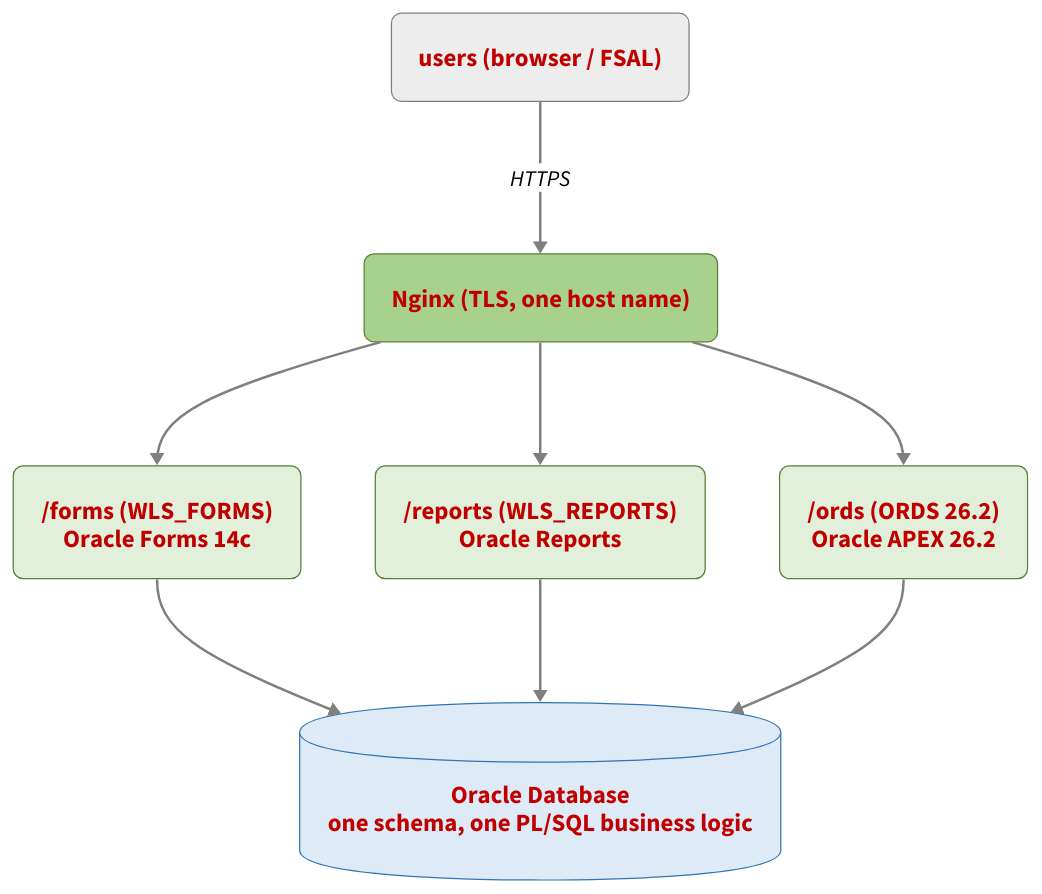
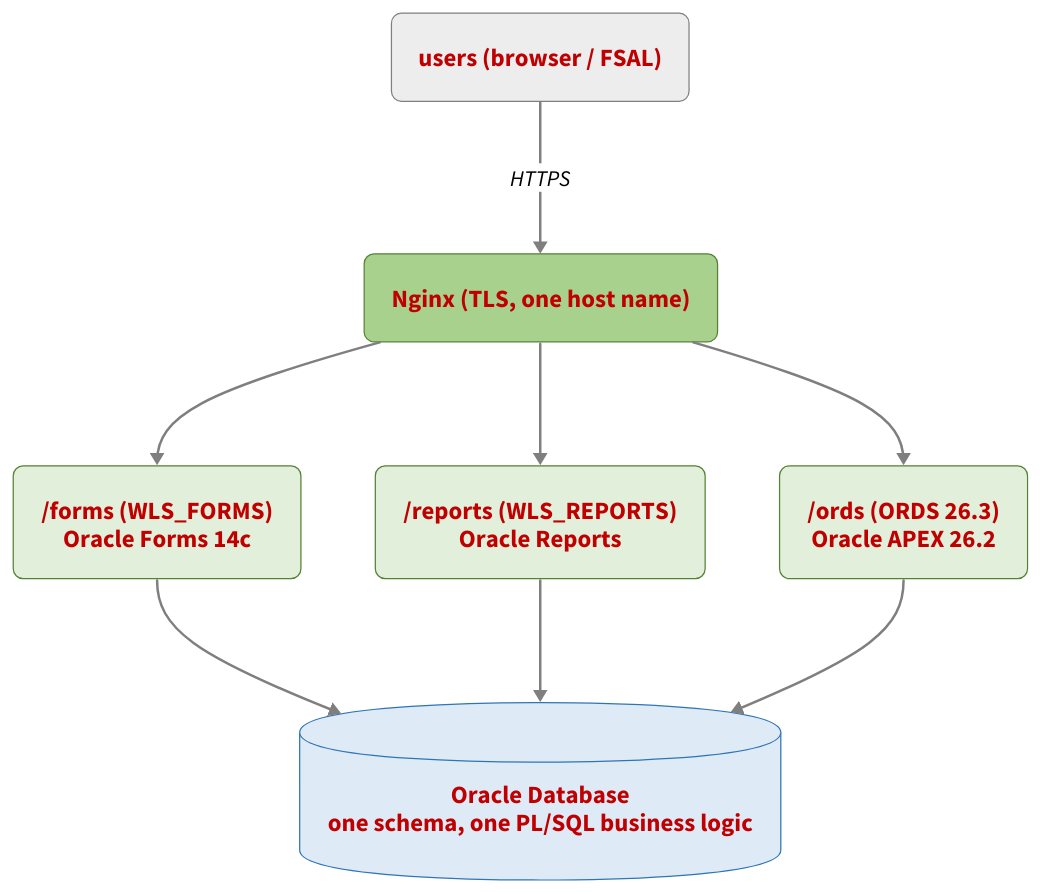
One commit to gpipperr/IHateWeblogic changed the diagram in diagrams/target-picture.d2. Above: the diagram before and after it, drawn with D2. The commit also changed 26 other files, not shown here.

```diff
--- a/diagrams/target-picture.d2
+++ b/diagrams/target-picture.d2
@@ -1,98 +1,98 @@
 direction: down
 
 users: "users (browser / FSAL)" {
   style.fill: "#EDEDED"
   style.stroke: "#7F7F7F"
   style.border-radius: 8
   style.stroke-width: 1
   style.shadow: false
   style.font-size: 20
   style.font-color: "#C00000"
 }
 
 nginx: "Nginx (TLS, one host name)" {
   style.fill: "#A9D18E"
   style.stroke: "#548235"
   style.border-radius: 8
   style.stroke-width: 1
   style.shadow: false
   style.font-size: 20
   style.font-color: "#C00000"
 }
 
 forms: "/forms (WLS_FORMS)\nOracle Forms 14c" {
   style.fill: "#E2EFDA"
   style.stroke: "#548235"
   style.border-radius: 8
   style.stroke-width: 1
   style.shadow: false
   style.font-size: 20
   style.font-color: "#C00000"
 }
 
 reports: "/reports (WLS_REPORTS)\nOracle Reports" {
   style.fill: "#E2EFDA"
   style.stroke: "#548235"
   style.border-radius: 8
   style.stroke-width: 1
   style.shadow: false
   style.font-size: 20
   style.font-color: "#C00000"
 }
 
-ords: "/ords (ORDS 26.2)\nOracle APEX 26.2" {
+ords: "/ords (ORDS 26.3)\nOracle APEX 26.2" {
   style.fill: "#E2EFDA"
   style.stroke: "#548235"
   style.border-radius: 8
   style.stroke-width: 1
   style.shadow: false
   style.font-size: 20
   style.font-color: "#C00000"
 }
 
 db: "Oracle Database\none schema, one PL/SQL business logic" {
   shape: cylinder
   style.fill: "#DEEBF7"
   style.stroke: "#2E75B6"
   style.stroke-width: 1
   style.shadow: false
   style.font-size: 20
   style.font-color: "#C00000"
 }
 
 users -> nginx: "HTTPS" {
   style.stroke: "#7F7F7F"
   style.stroke-width: 2
   style.font-color: "#000000"
   style.font-size: 18
 }
 
 nginx -> forms: {
   style.stroke: "#7F7F7F"
   style.stroke-width: 2
 }
 
 nginx -> reports: {
   style.stroke: "#7F7F7F"
   style.stroke-width: 2
 }
 
 nginx -> ords: {
   style.stroke: "#7F7F7F"
   style.stroke-width: 2
 }
 
 forms -> db: {
   style.stroke: "#7F7F7F"
   style.stroke-width: 2
 }
 
 reports -> db: {
   style.stroke: "#7F7F7F"
   style.stroke-width: 2
 }
 
 ords -> db: {
   style.stroke: "#7F7F7F"
   style.stroke-width: 2
 }
```
